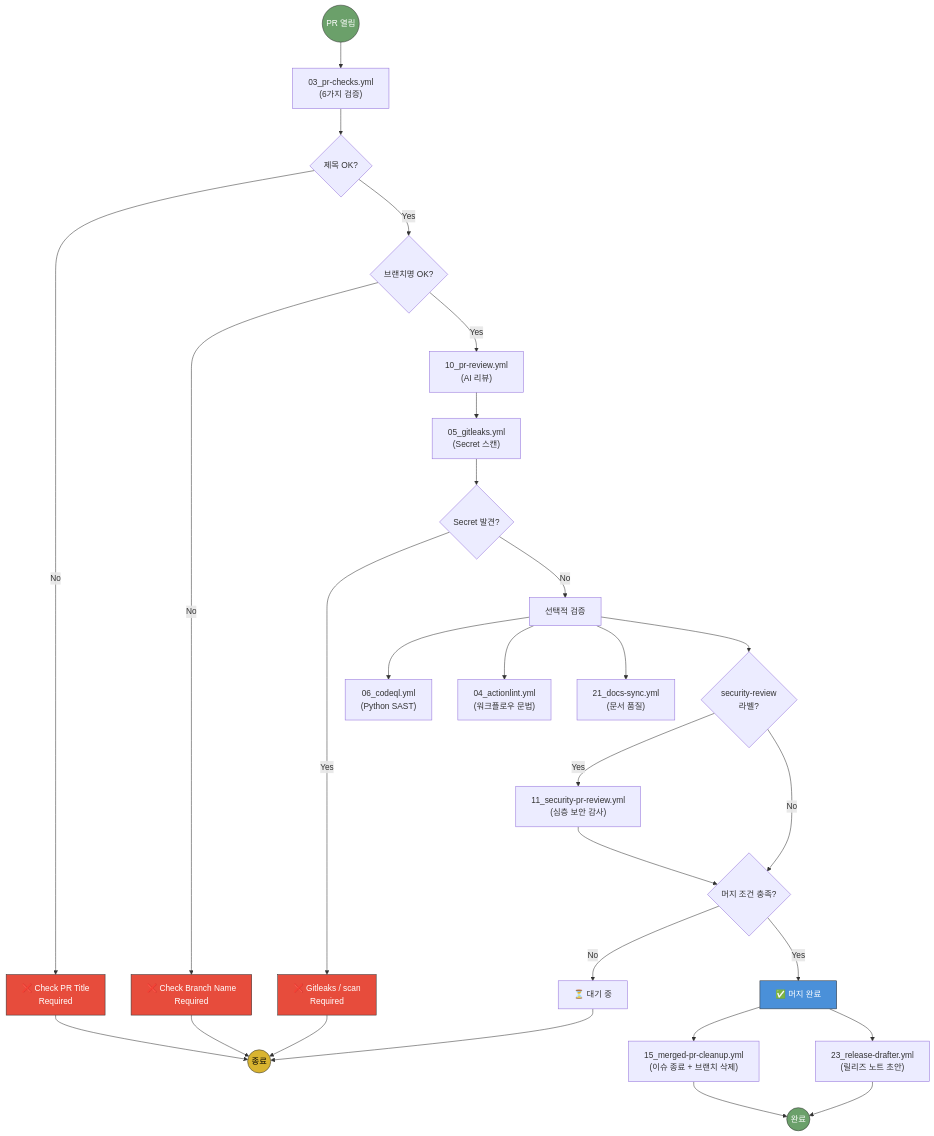
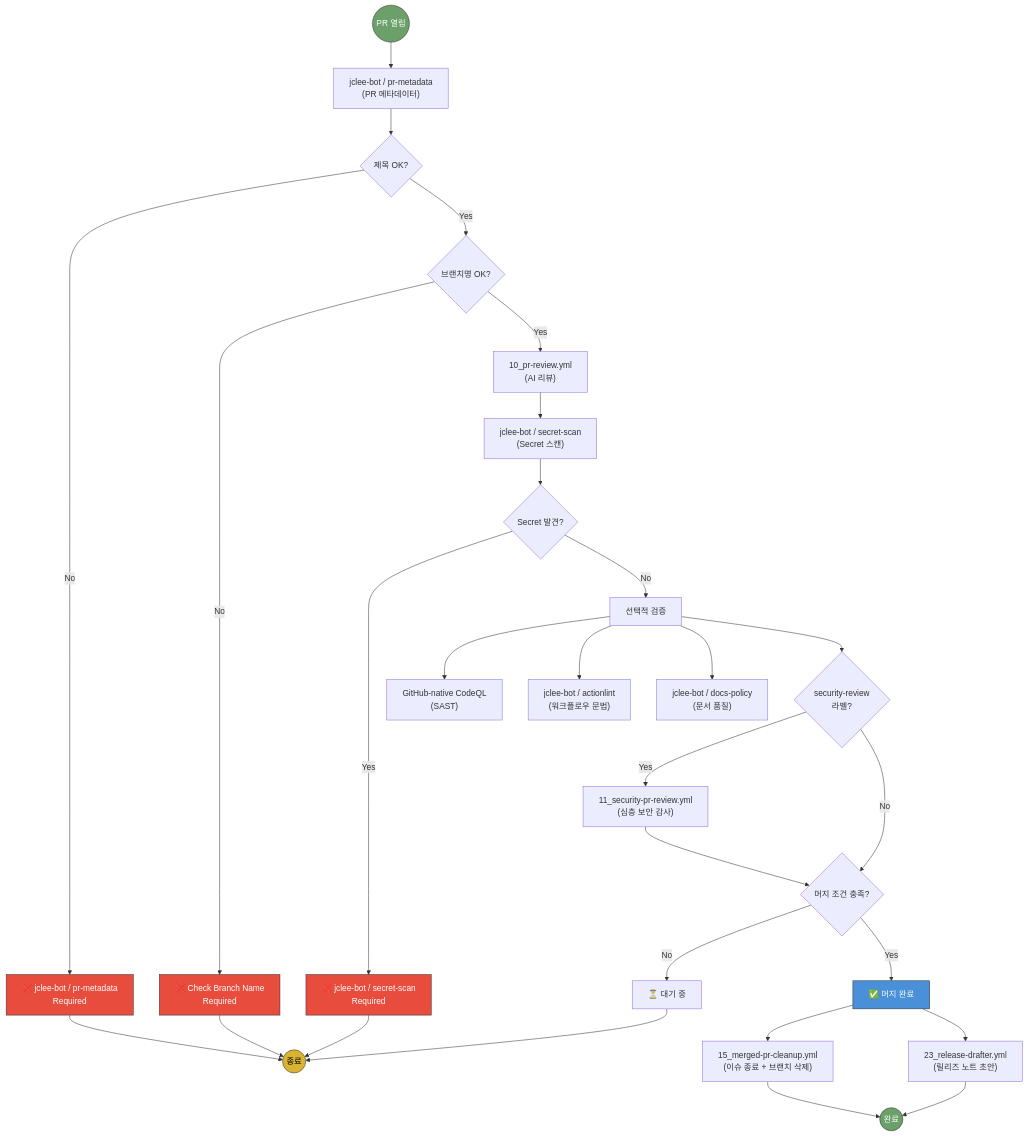
One commit to jclee941/.github changed the second of 10 diagrams in docs/architecture.md. Above: the diagram before and after it, drawn with Mermaid. The commit also changed other lines of this file and 19 other files, not shown here.

Commit message:
feat(app): move docs policy checks into jclee-bot

````diff
--- a/docs/architecture.md
+++ b/docs/architecture.md
@@ -60,46 +60,46 @@
 ```mermaid
 flowchart TD
-    START(("PR 열림")) --> CHECKS["03_pr-checks.yml<br/>(6가지 검증)"]
+    START(("PR 열림")) --> CHECKS["jclee-bot / pr-metadata<br/>(PR 메타데이터)"]
     
     CHECKS --> TITLE{제목 OK?}
-    TITLE -->|No| FAIL1["❌ Check PR Title<br/>Required"]
+    TITLE -->|No| FAIL1["❌ jclee-bot / pr-metadata<br/>Required"]
     TITLE -->|Yes| BRANCH{브랜치명 OK?}
     
     BRANCH -->|No| FAIL2["❌ Check Branch Name<br/>Required"]
     BRANCH -->|Yes| REVIEW["10_pr-review.yml<br/>(AI 리뷰)"]
     
-    REVIEW --> GITLEAKS["05_gitleaks.yml<br/>(Secret 스캔)"]
+    REVIEW --> GITLEAKS["jclee-bot / secret-scan<br/>(Secret 스캔)"]
     GITLEAKS --> SECRET{Secret 발견?}
-    SECRET -->|Yes| FAIL3["❌ Gitleaks / scan<br/>Required"]
+    SECRET -->|Yes| FAIL3["❌ jclee-bot / secret-scan<br/>Required"]
     SECRET -->|No| OPTIONAL["선택적 검증"]
     
-    OPTIONAL --> CODEQL["06_codeql.yml<br/>(Python SAST)"]
-    OPTIONAL --> ACTIONLINT["04_actionlint.yml<br/>(워크플로우 문법)"]
-    OPTIONAL --> DOCS["21_docs-sync.yml<br/>(문서 품질)"]
+    OPTIONAL --> CODEQL["GitHub-native CodeQL<br/>(SAST)"]
+    OPTIONAL --> ACTIONLINT["jclee-bot / actionlint<br/>(워크플로우 문법)"]
+    OPTIONAL --> DOCS["jclee-bot / docs-policy<br/>(문서 품질)"]
     
     OPTIONAL --> SECURITY{"security-review<br/>라벨?"}
     SECURITY -->|Yes| DEEP["11_security-pr-review.yml<br/>(심층 보안 감사)"]
     SECURITY -->|No| MERGE_CHECK
     
     DEEP --> MERGE_CHECK{머지 조건 충족?}
     MERGE_CHECK -->|No| WAIT["⏳ 대기 중"]
     MERGE_CHECK -->|Yes| MERGED["✅ 머지 완료"]
     
     MERGED --> CLEANUP["15_merged-pr-cleanup.yml<br/>(이슈 종료 + 브랜치 삭제)"]
     MERGED --> RELEASE["23_release-drafter.yml<br/>(릴리즈 노트 초안)"]
     
     FAIL1 --> END1(("종료"))
     FAIL2 --> END1
     FAIL3 --> END1
     WAIT --> END1
     CLEANUP --> END2(("완료"))
     RELEASE --> END2
     
     style START fill:#6ba06a,stroke:#333,color:#fff
     style END1 fill:#d9b430,stroke:#333,color:#000
     style END2 fill:#6ba06a,stroke:#333,color:#fff
     style FAIL1 fill:#e74c3c,stroke:#333,color:#fff
     style FAIL2 fill:#e74c3c,stroke:#333,color:#fff
     style FAIL3 fill:#e74c3c,stroke:#333,color:#fff
     style MERGED fill:#4a90d9,stroke:#333,color:#fff
 ```
````
